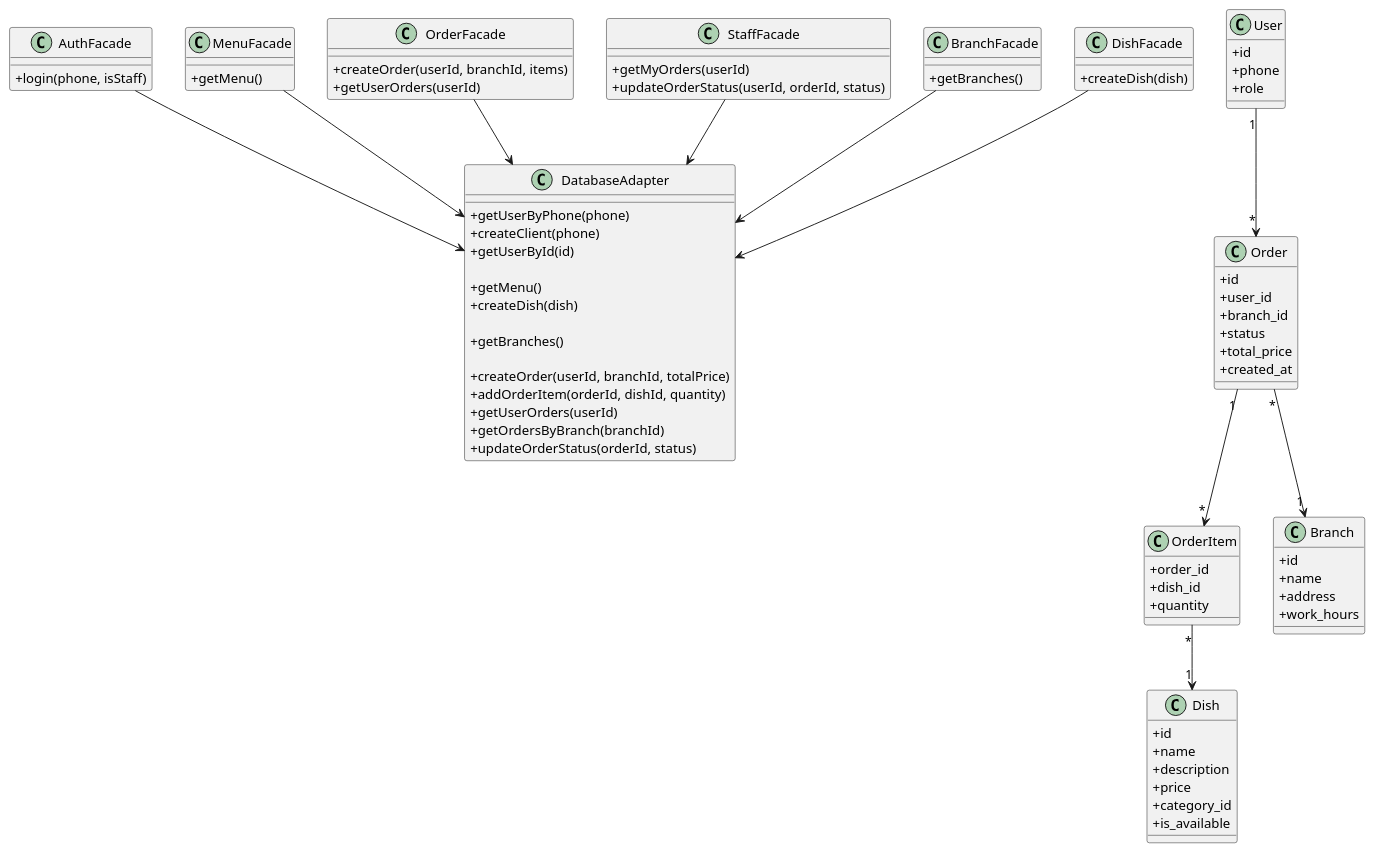
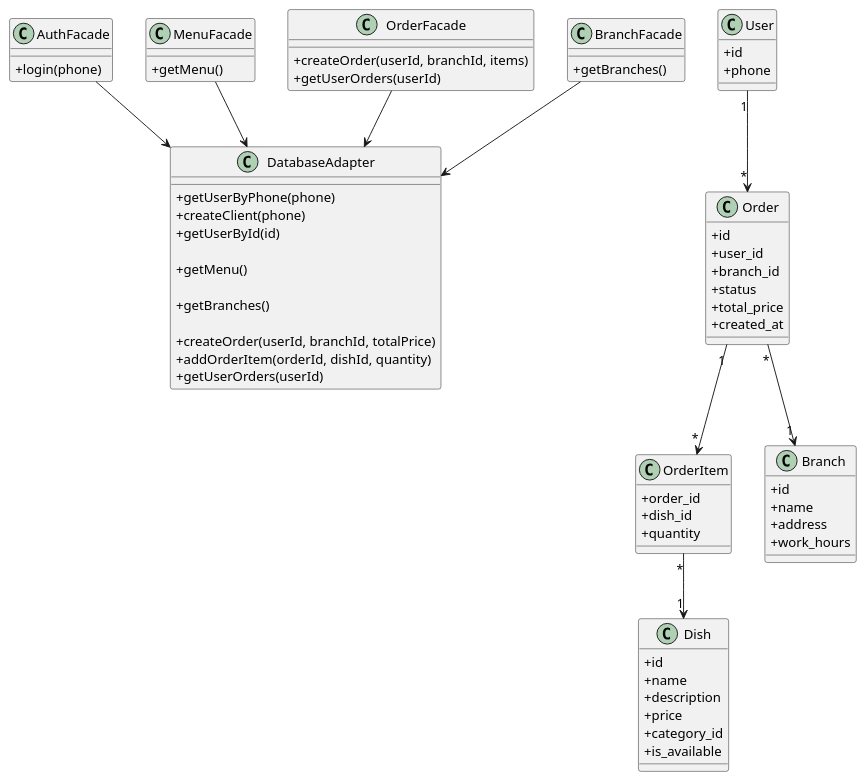
Before and after one commit to ROFUVEL/MunchCrunch: the diagram in class-diagram.puml, drawn with PlantUML. The commit also changed 22 other files, not shown here.

```diff
--- a/class-diagram.puml
+++ b/class-diagram.puml
@@ -1,112 +1,99 @@
 @startuml
 
 skinparam classAttributeIconSize 0
 
 ' =========================
 ' ADAPTER LAYER
 ' =========================
 class DatabaseAdapter {
   +getUserByPhone(phone)
   +createClient(phone)
   +getUserById(id)
 
   +getMenu()
-  +createDish(dish)
 
   +getBranches()
 
   +createOrder(userId, branchId, totalPrice)
   +addOrderItem(orderId, dishId, quantity)
   +getUserOrders(userId)
-  +getOrdersByBranch(branchId)
-  +updateOrderStatus(orderId, status)
 }
 
 ' =========================
 ' FACADE LAYER
 ' =========================
 class AuthFacade {
-  +login(phone, isStaff)
+  +login(phone)
 }
 
 class MenuFacade {
   +getMenu()
 }
 
 class OrderFacade {
   +createOrder(userId, branchId, items)
   +getUserOrders(userId)
 }
 
-class StaffFacade {
-  +getMyOrders(userId)
-  +updateOrderStatus(userId, orderId, status)
-}
 
 class BranchFacade {
   +getBranches()
 }
 
-class DishFacade {
-  +createDish(dish)
-}
 
 ' =========================
 ' RELATIONS (Facade -> Adapter)
 ' =========================
 AuthFacade --> DatabaseAdapter
 MenuFacade --> DatabaseAdapter
 OrderFacade --> DatabaseAdapter
-StaffFacade --> DatabaseAdapter
 BranchFacade --> DatabaseAdapter
-DishFacade --> DatabaseAdapter
 
 ' =========================
 ' DOMAIN ENTITIES (DB TABLES)
 ' =========================
 class User {
   +id
   +phone
-  +role
 }
 
 class Order {
   +id
   +user_id
   +branch_id
   +status
   +total_price
   +created_at
 }
 
 class OrderItem {
   +order_id
   +dish_id
   +quantity
 }
 
 class Dish {
   +id
   +name
   +description
   +price
   +category_id
   +is_available
 }
 
 class Branch {
   +id
   +name
   +address
   +work_hours
 }
 
 ' =========================
 ' RELATIONS (DB)
 ' =========================
 User "1" --> "*" Order
 Order "1" --> "*" OrderItem
 OrderItem "*" --> "1" Dish
 Order "*" --> "1" Branch
 
 @enduml
```
